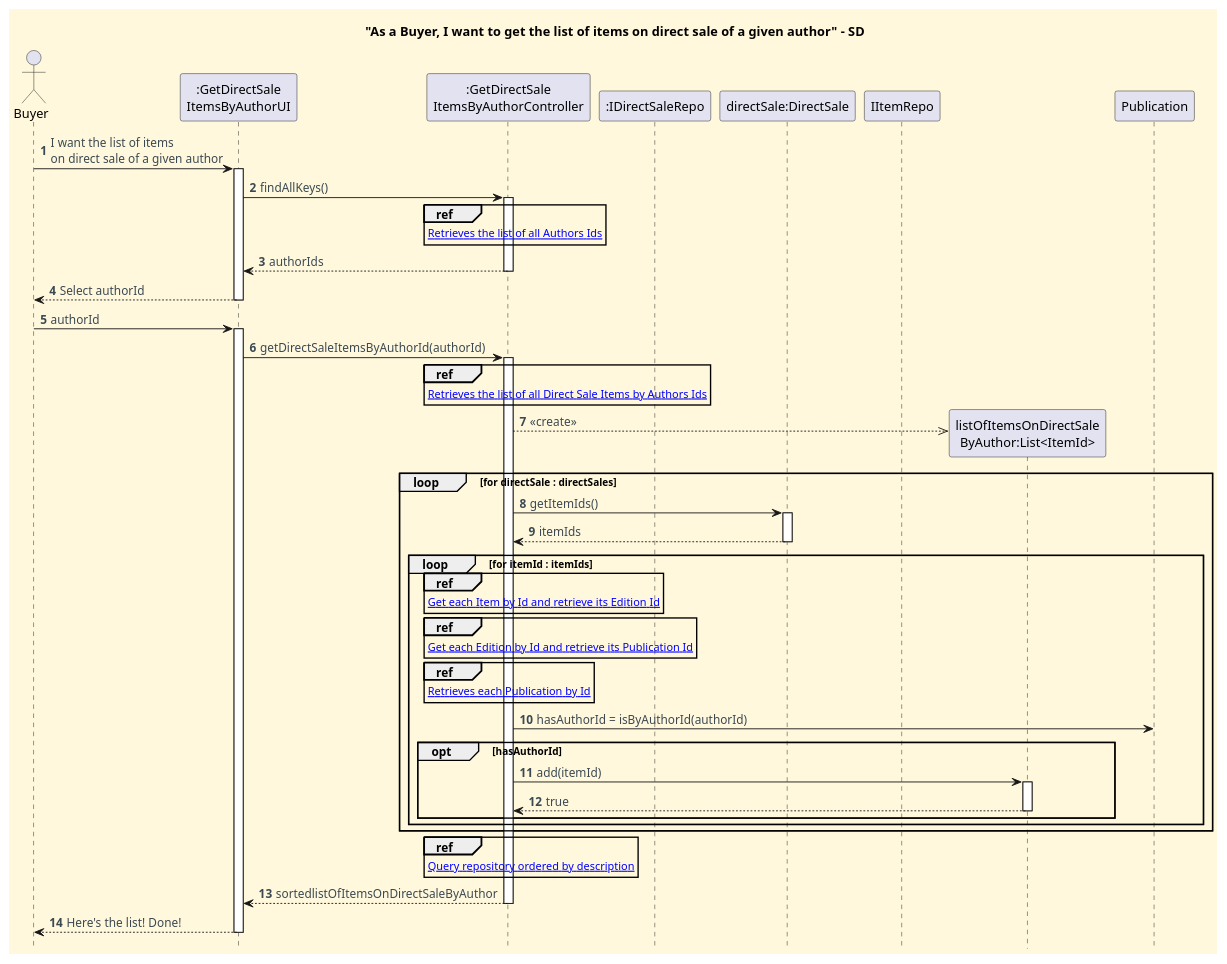
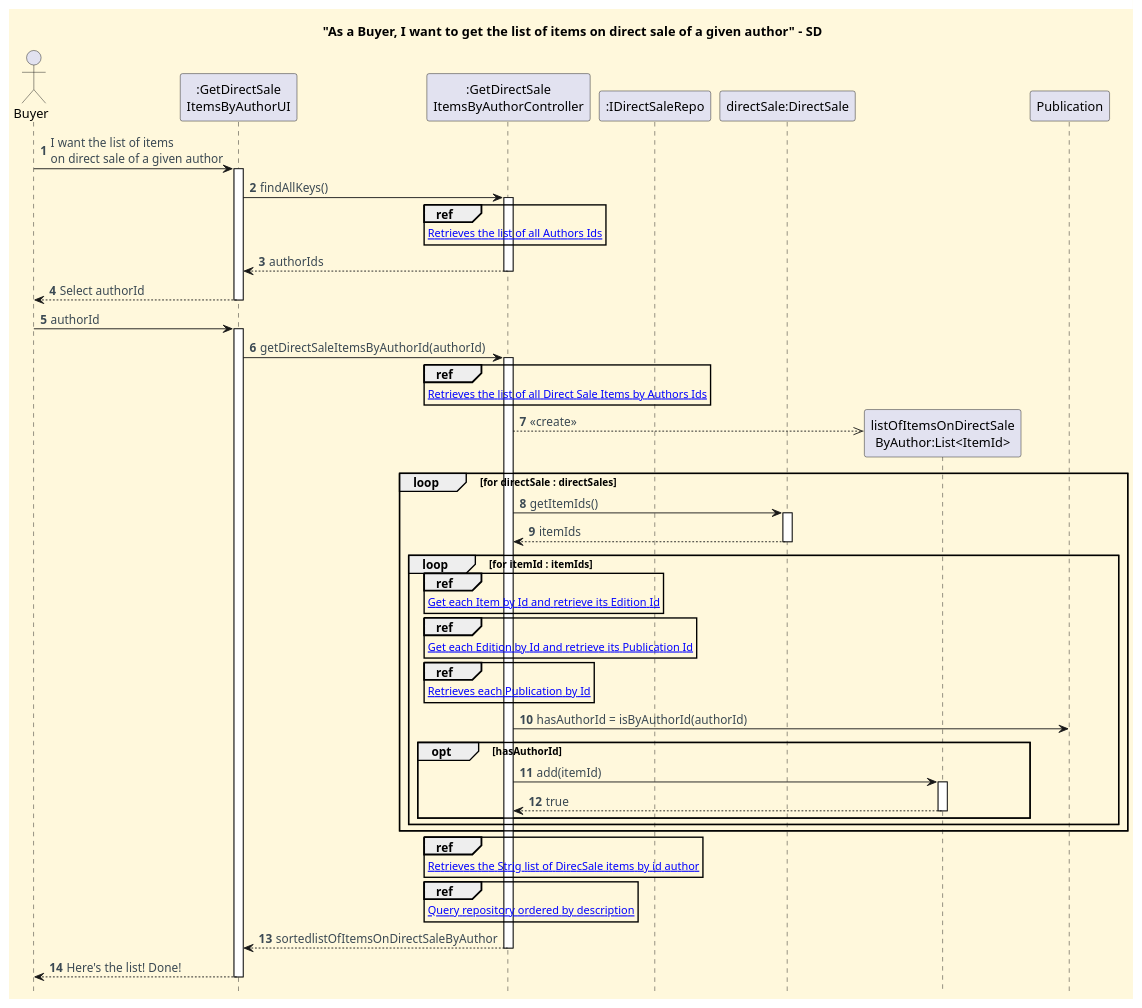
Before and after one commit to CarolinaLeite-collab/JavaMarketplacePlatform: the diagram in docs/functionalities/buyer/get-list-of-items-on-direct-sale-of-given-author/Get_List_Of_Items_On_Direct_Sale_Of_Given_Author_SD_3.puml, drawn with PlantUML. The commit also changed 4 other files, not shown here.

Commit message:
docs: adds to update direct sale SDs and add repository reference diagrams (#688)

```diff
--- a/docs/functionalities/buyer/get-list-of-items-on-direct-sale-of-given-author/Get_List_Of_Items_On_Direct_Sale_Of_Given_Author_SD_3.puml
+++ b/docs/functionalities/buyer/get-list-of-items-on-direct-sale-of-given-author/Get_List_Of_Items_On_Direct_Sale_Of_Given_Author_SD_3.puml
@@ -1,100 +1,103 @@
 @startuml
 title "As a Buyer, I want to get the list of items on direct sale of a given author" - SD
 hidefootbox
 
 skinparam shadowing false
 skinparam defaultFontName Futura
 skinparam objectFontSize 20
 skinparam backgroundColor CornSilk
 skinparam objectBackgroundColor WhiteSmoke
 skinparam ArrowFontColor #3B4953
 
 autonumber
 autoactivate off
 
 actor Buyer
 participant ":GetDirectSale\nItemsByAuthorUI" as UI
 participant ":GetDirectSale\nItemsByAuthorController" as CTL
 participant ":IDirectSaleRepo" as DSR
 participant "directSale:DirectSale" as DirectSale
-participant "IItemRepo"
 participant "listOfItemsOnDirectSale\nByAuthor:List<ItemId>" as LIST
 '==== UI interaction ====
 Buyer -> UI: I want the list of items \non direct sale of a given author
 activate UI
 
 '==== Use case execution ====
 UI -> CTL : findAllKeys()
 activate CTL
 ref over CTL
 [[sd-ref-diagrams/Get_Authors_Ids.puml Retrieves the list of all Authors Ids]]
 end ref
 
 
 
 CTL --> UI : authorIds
 deactivate CTL
 UI --> Buyer: Select authorId
 deactivate UI
 Buyer -> UI: authorId
 activate UI
 
 
 UI -> CTL: getDirectSaleItemsByAuthorId(authorId)
 activate CTL
 ref over CTL
 [[sd-ref-diagrams/Get_DirectSale_Items.puml Retrieves the list of all Direct Sale Items by Authors Ids]]
 end ref
 
 
 create LIST
 CTL -->> LIST : <<create>>
 
 loop for directSale : directSales
 CTL -> DirectSale : getItemIds()
 activate DirectSale
 DirectSale --> CTL : itemIds
 deactivate DirectSale
 
 loop for itemId : itemIds
 
 ref over CTL
 [[sd-ref-diagrams/Get_Item_by_id.puml Get each Item by Id and retrieve its Edition Id]]
 end ref
 
 
 
 ref over CTL
 [[sd-ref-diagrams/Get_Edition_by_Id.puml Get each Edition by Id and retrieve its Publication Id]]
 end ref
 
 
 ref over CTL
 [[sd-ref-diagrams/Get_Publication_by_Id.puml Retrieves each Publication by Id]]
 end ref
 
 
 CTL -> Publication : hasAuthorId = isByAuthorId(authorId)
 
 opt hasAuthorId
 CTL -> LIST : add(itemId)
 activate LIST
 LIST --> CTL : true
 deactivate LIST
 end
 end
 end
 
 ref over CTL
+[[sd-ref-diagrams/Get_ListOfItemsOnDirectSale_by_Author.puml Retrieves the Strig list of DirecSale items by id author]]
+end ref
+
+ref over CTL
 [[sd-ref-diagrams/Query_Repo.puml Query repository ordered by description]]
 end ref
 
 
 
 CTL --> UI: sortedlistOfItemsOnDirectSaleByAuthor
 deactivate CTL
 
 UI --> Buyer: Here's the list! Done!
 deactivate UI
 
 @enduml
```
